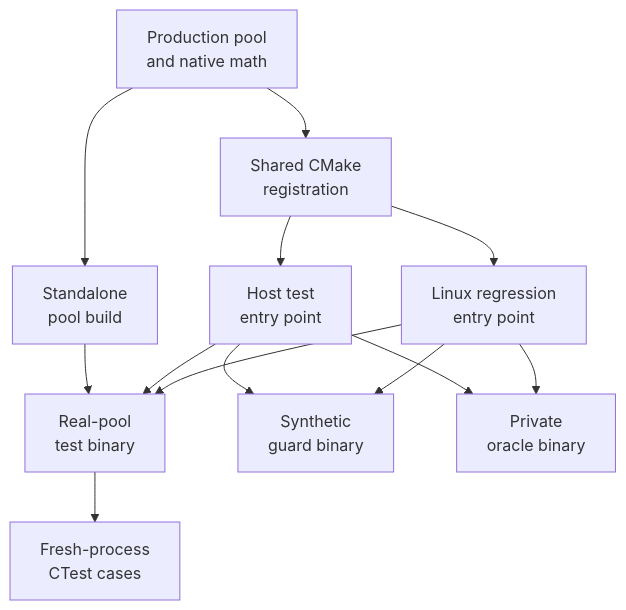
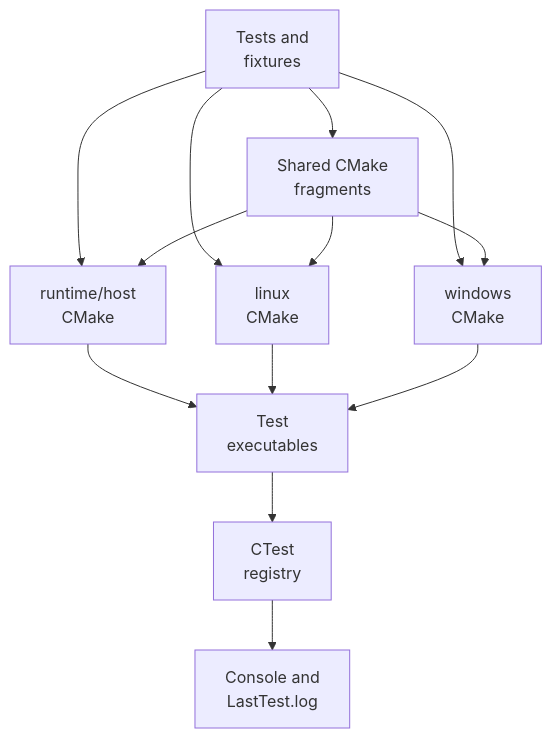
Before and after one commit to irregularthanis/bluewake: the second of 3 diagrams in docs/architecture/Testing.md, drawn with Mermaid. The commit also changed other lines of this file and 2 other files, not shown here.

Commit message:
docs: broaden test architecture guide

````diff
--- a/docs/architecture/Testing.md
+++ b/docs/architecture/Testing.md
@@ -79,25 +216,23 @@
 ```mermaid
 flowchart TD
-    Source["Production pool<br>and native math"]
-    Shared["Shared CMake<br>registration"]
-    Standalone["Standalone<br>pool build"]
-    Host["Host test<br>entry point"]
-    Linux["Linux regression<br>entry point"]
-    Pool["Real-pool<br>test binary"]
-    Guard["Synthetic<br>guard binary"]
-    Oracle["Private<br>oracle binary"]
-    CTest["Fresh-process<br>CTest cases"]
+    Tests["Tests and<br>fixtures"]
+    Shared["Shared CMake<br>fragments"]
+    Host["runtime/host<br>CMake"]
+    Linux["linux<br>CMake"]
+    Windows["windows<br>CMake"]
+    Targets["Test<br>executables"]
+    CTest["CTest<br>registry"]
+    Logs["Console and<br>LastTest.log"]
 
-    Source --> Shared
-    Source --> Standalone
+    Tests --> Shared
+    Tests --> Host
+    Tests --> Linux
+    Tests --> Windows
     Shared --> Host
     Shared --> Linux
-    Standalone --> Pool
-    Host --> Guard
-    Host --> Oracle
-    Host --> Pool
-    Linux --> Guard
-    Linux --> Oracle
-    Linux --> Pool
-    Pool --> CTest
+    Shared --> Windows
+    Host --> Targets
+    Linux --> Targets
+    Windows --> Targets
+    Targets --> CTest --> Logs
 ```
````
